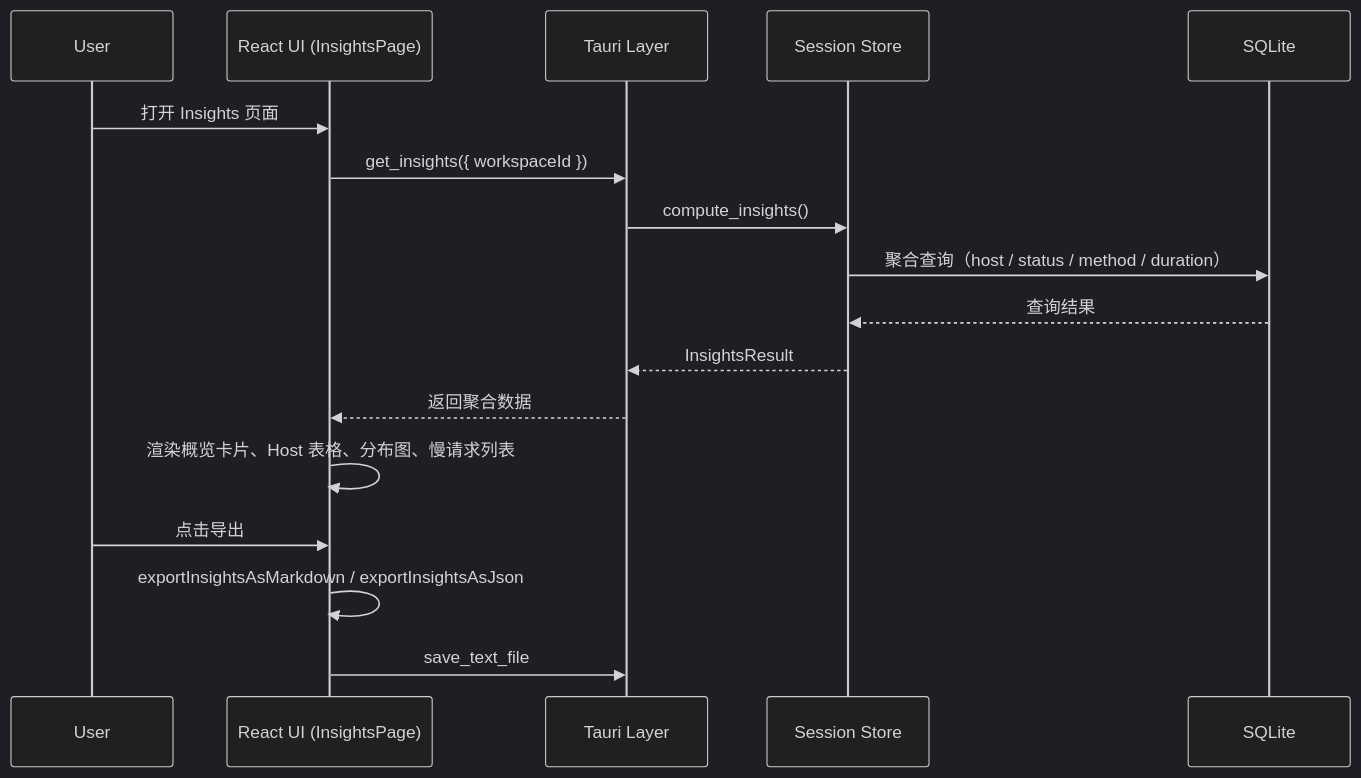
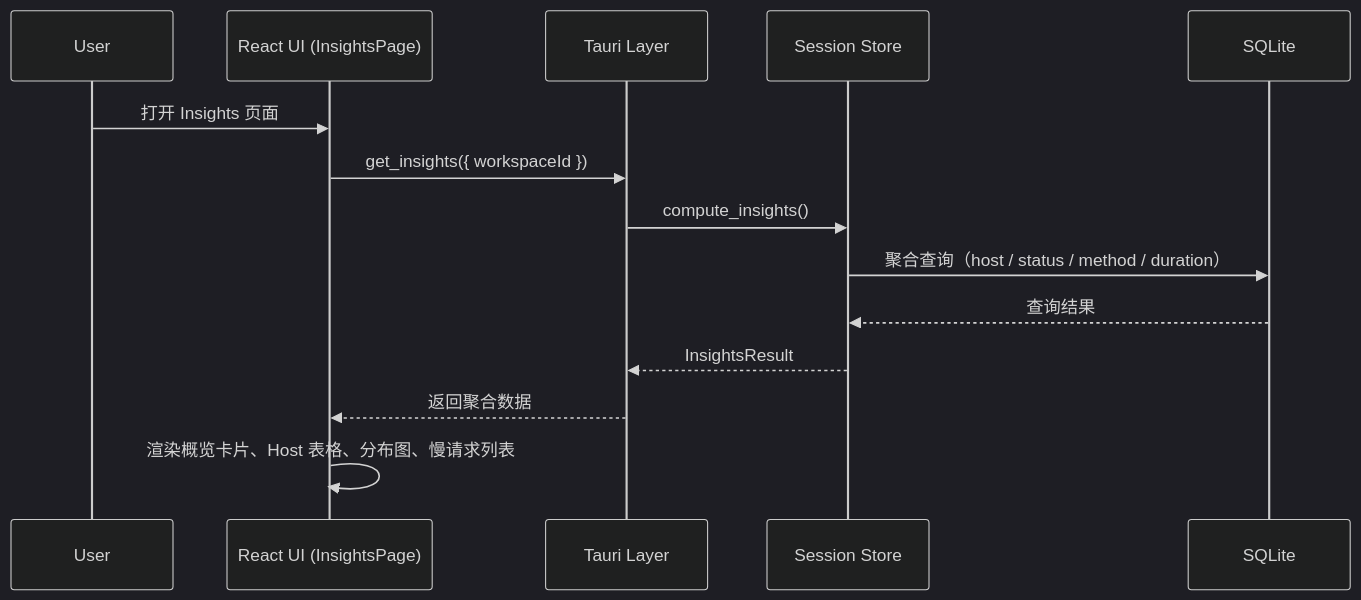
The third of 4 diagrams in docs/ARCHITECTURE.md (small-dream/AIProxy), drawn with Mermaid (dark theme) before and after one commit. The commit also changed other lines of this file and 16 other files, not shown here.

````diff
--- a/docs/ARCHITECTURE.md
+++ b/docs/ARCHITECTURE.md
@@ -468,20 +468,17 @@
 ```mermaid
 sequenceDiagram
     participant U as User
     participant UI as React UI (InsightsPage)
     participant T as Tauri Layer
     participant S as Session Store
     participant DB as SQLite
 
     U->>UI: 打开 Insights 页面
     UI->>T: get_insights({ workspaceId })
     T->>S: compute_insights()
     S->>DB: 聚合查询（host / status / method / duration）
     DB-->>S: 查询结果
     S-->>T: InsightsResult
     T-->>UI: 返回聚合数据
     UI->>UI: 渲染概览卡片、Host 表格、分布图、慢请求列表
-    U->>UI: 点击导出
-    UI->>UI: exportInsightsAsMarkdown / exportInsightsAsJson
-    UI->>T: save_text_file
 ```
````
